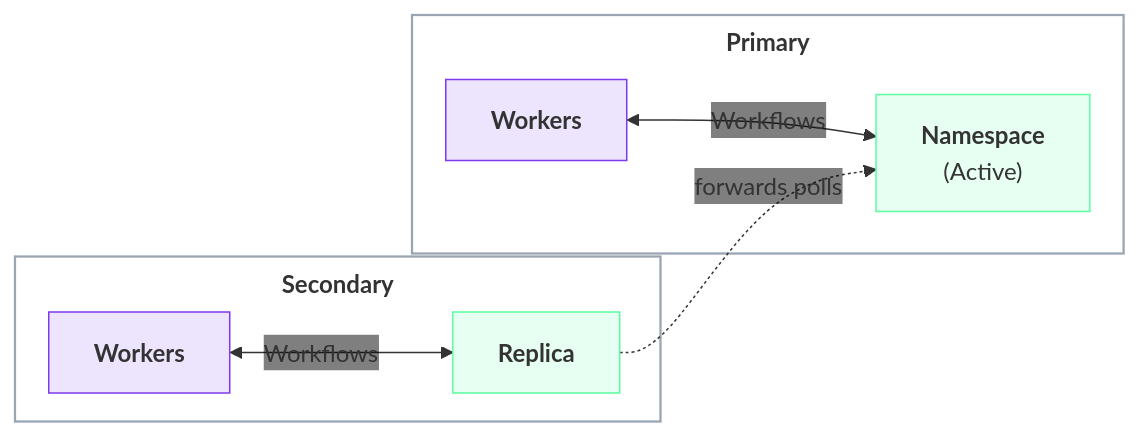
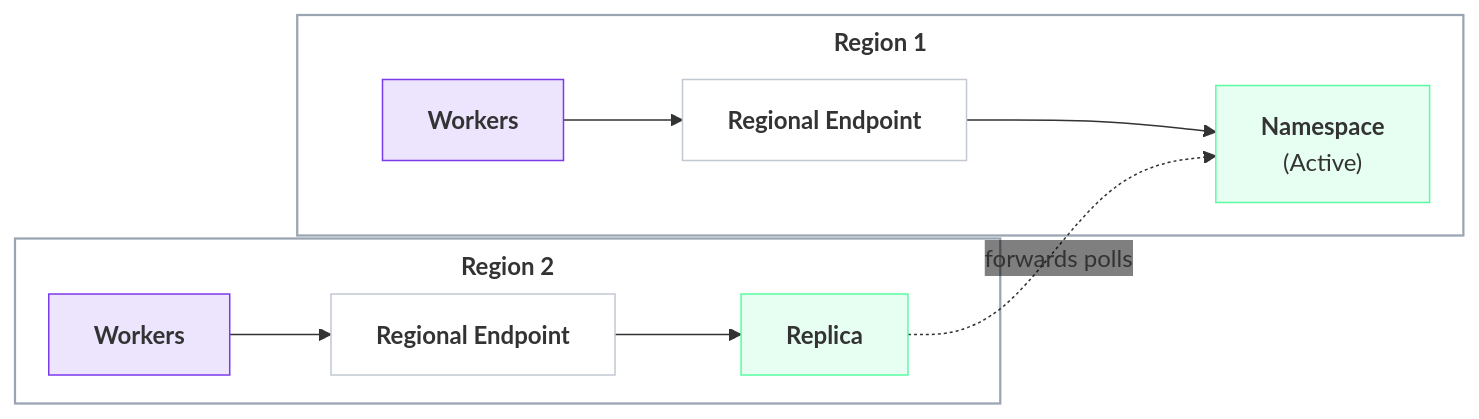
One commit to temporalio/documentation changed diagram 20 of 23 in docs/cloud/high-availability/deployment-patterns.mdx. Above: the diagram before and after it, drawn with Mermaid. The commit also changed other lines of this file, not shown here.

Commit message:
Progress on Active/Active

````diff
--- a/docs/cloud/high-availability/deployment-patterns.mdx
+++ b/docs/cloud/high-availability/deployment-patterns.mdx
@@ -763,19 +762,24 @@
 ```mermaid
 %%{init: {'themeVariables':{'fontFamily':'Inter, ui-sans-serif, system-ui, sans-serif','edgeLabelBackground':'transparent'},'flowchart':{'nodeSpacing':18,'rankSpacing':45,'curve':'basis','subGraphTitleMargin':{'top':6,'bottom':12}}}}%%
 flowchart LR
     classDef worker fill:#7C3AED22,stroke:#7C3AED,stroke-width:1px;
     classDef ns fill:#59FDA024,stroke:#59FDA0,stroke-width:1px;
+    classDef endpoint fill:transparent,stroke:#c2c8d2,stroke-width:1px;
     classDef region fill:transparent,stroke:#9aa4b2,stroke-width:1.5px;
-    subgraph AAPRIM["<b>Primary</b>"]
-      AAPW["<b>Workers</b>"]:::worker
-      AAPNS["<b>Namespace</b><br/>(Active)"]:::ns
-      AAPW <-->|Workflows| AAPNS
+    subgraph REPR1["<b>Region 1</b>"]
+      REPW1["<b>Workers</b>"]:::worker
+      REPE1["<b>Regional Endpoint</b>"]:::endpoint
+      REPN1["<b>Namespace</b><br/>(Active)"]:::ns
+      REPW1 --> REPE1
+      REPE1 --> REPN1
     end
-    subgraph AASEC["<b>Secondary</b>"]
-      AASW["<b>Workers</b>"]:::worker
-      AASR["<b>Replica</b>"]:::ns
-      AASW <-->|Workflows| AASR
+    subgraph REPR2["<b>Region 2</b>"]
+      REPW2["<b>Workers</b>"]:::worker
+      REPE2["<b>Regional Endpoint</b>"]:::endpoint
+      REPN2["<b>Replica</b>"]:::ns
+      REPW2 --> REPE2
+      REPE2 --> REPN2
     end
-    AASR -.->|"forwards polls"| AAPNS
-    class AAPRIM,AASEC region
+    REPN2 -.->|"forwards polls"| REPN1
+    class REPR1,REPR2 region
 ```
````
